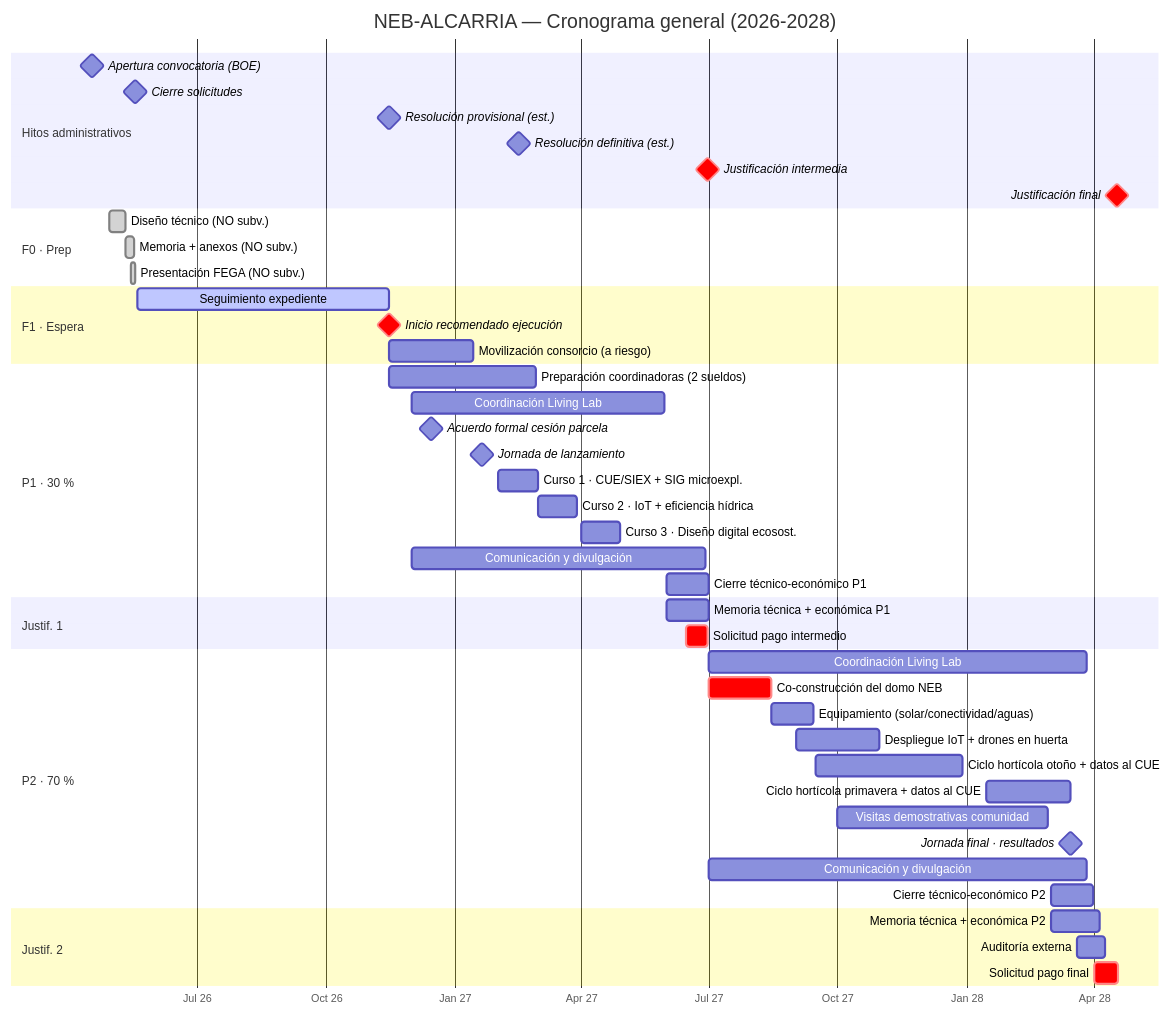
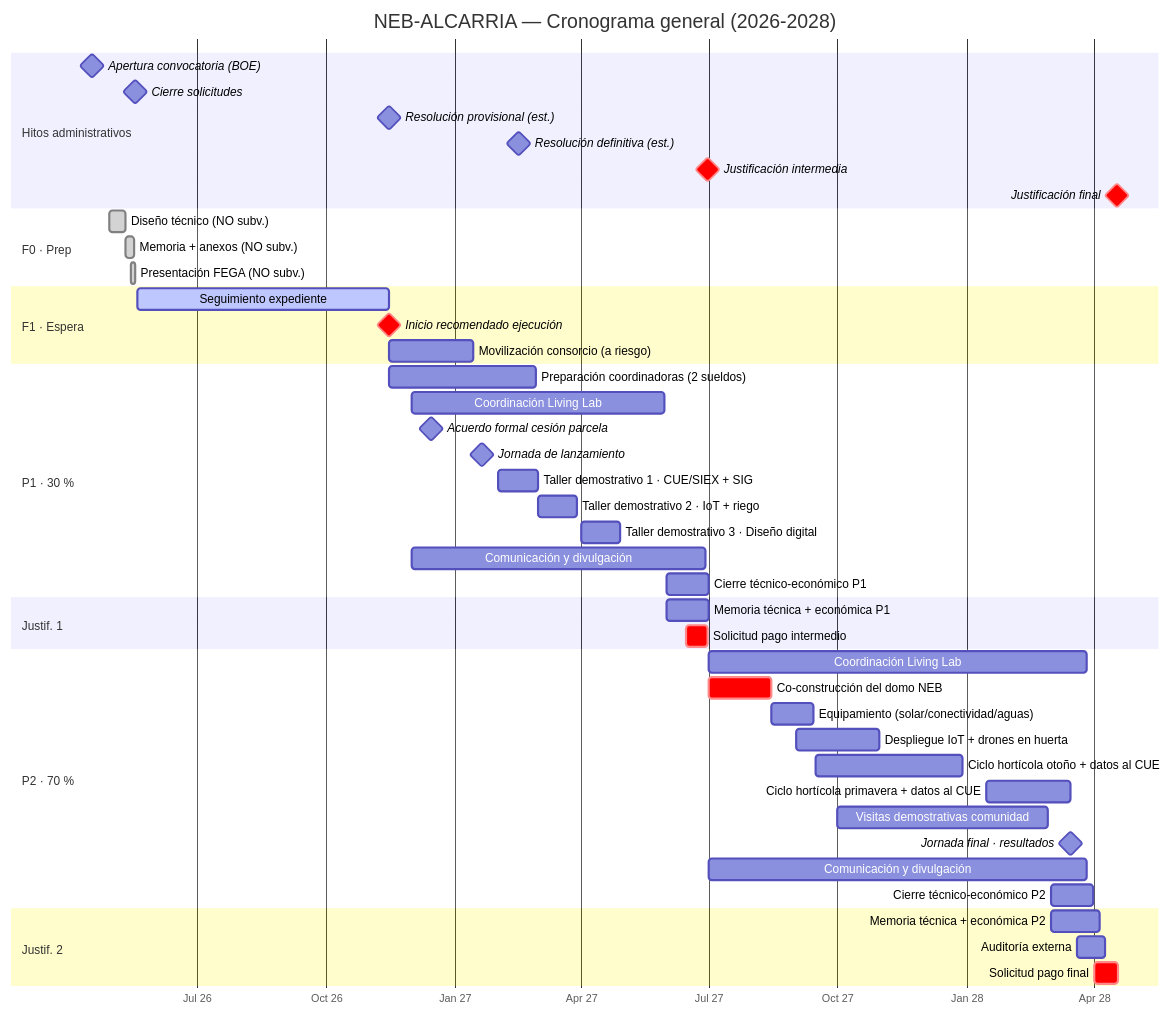
Before and after one commit to elgeografo/neb-alcarria: the first of 2 diagrams in NEB-ALCARRIA.md, drawn with Mermaid. The commit also changed other lines of this file and 35 other files, not shown here.

````diff
--- a/NEB-ALCARRIA.md
+++ b/NEB-ALCARRIA.md
@@ -97,58 +94,58 @@
 ```mermaid
 gantt
     title NEB-ALCARRIA — Cronograma general (2026-2028)
     dateFormat  YYYY-MM-DD
     axisFormat  %b %y
     tickInterval 3month
     weekday monday
 
     section Hitos administrativos
     Apertura convocatoria (BOE)        :milestone, m1, 2026-04-17, 0d
     Cierre solicitudes                 :milestone, m2, 2026-05-18, 0d
     Resolución provisional (est.)      :milestone, m3, 2026-11-15, 0d
     Resolución definitiva (est.)       :milestone, m4, 2027-02-15, 0d
     Justificación intermedia           :crit, milestone, m5, 2027-06-30, 0d
     Justificación final                :crit, milestone, m6, 2028-04-17, 0d
 
     section F0 · Prep
     Diseño técnico (NO subv.)          :done, prep1, 2026-04-29, 12d
     Memoria + anexos (NO subv.)        :done, prep2, after prep1, 6d
     Presentación FEGA (NO subv.)       :done, prep3, 2026-05-15, 3d
 
     section F1 · Espera
     Seguimiento expediente             :active, espera, 2026-05-19, 180d
     Inicio recomendado ejecución       :crit, milestone, mstart, 2026-11-15, 0d
     Movilización consorcio (a riesgo)  :mov, 2026-11-15, 60d
 
     section P1 · 30 %
     Preparación coordinadoras (2 sueldos) :p1prep, 2026-11-15, 105d
     Coordinación Living Lab              :p1coord, 2026-12-01, 180d
     Acuerdo formal cesión parcela       :milestone, p1ces, 2026-12-15, 0d
     Jornada de lanzamiento              :milestone, p1k, 2027-01-20, 0d
-    Curso 1 · CUE/SIEX + SIG microexpl. :p1c1, 2027-02-01, 28d
-    Curso 2 · IoT + eficiencia hídrica  :p1c2, 2027-03-01, 28d
-    Curso 3 · Diseño digital ecosost.   :p1c3, 2027-04-01, 28d
+    Taller demostrativo 1 · CUE/SIEX + SIG :p1c1, 2027-02-01, 28d
+    Taller demostrativo 2 · IoT + riego    :p1c2, 2027-03-01, 28d
+    Taller demostrativo 3 · Diseño digital :p1c3, 2027-04-01, 28d
     Comunicación y divulgación          :p1com, 2026-12-01, 210d
     Cierre técnico-económico P1         :p1cl, 2027-06-01, 30d
 
     section Justif. 1
     Memoria técnica + económica P1     :j1, 2027-06-01, 30d
     Solicitud pago intermedio          :crit, j1pay, 2027-06-15, 15d
 
     section P2 · 70 %
     Coordinación Living Lab            :p2coord, 2027-07-01, 270d
     Co-construcción del domo NEB       :crit, p2domo, 2027-07-01, 45d
     Equipamiento (solar/conectividad/aguas) :p2eq, 2027-08-15, 30d
     Despliegue IoT + drones en huerta  :p2iot, 2027-09-01, 60d
     Ciclo hortícola otoño + datos al CUE :p2cult1, 2027-09-15, 105d
     Ciclo hortícola primavera + datos al CUE :p2cult2, 2028-01-15, 60d
     Visitas demostrativas comunidad    :p2vis, 2027-10-01, 150d
     Jornada final · resultados         :milestone, p2jf, 2028-03-15, 0d
     Comunicación y divulgación         :p2com, 2027-07-01, 270d
     Cierre técnico-económico P2        :p2cl, 2028-03-01, 30d
 
     section Justif. 2
     Memoria técnica + económica P2     :j2, 2028-03-01, 35d
     Auditoría externa                  :j2aud, 2028-03-20, 20d
     Solicitud pago final               :crit, j2pay, 2028-04-01, 17d
 ```
````
